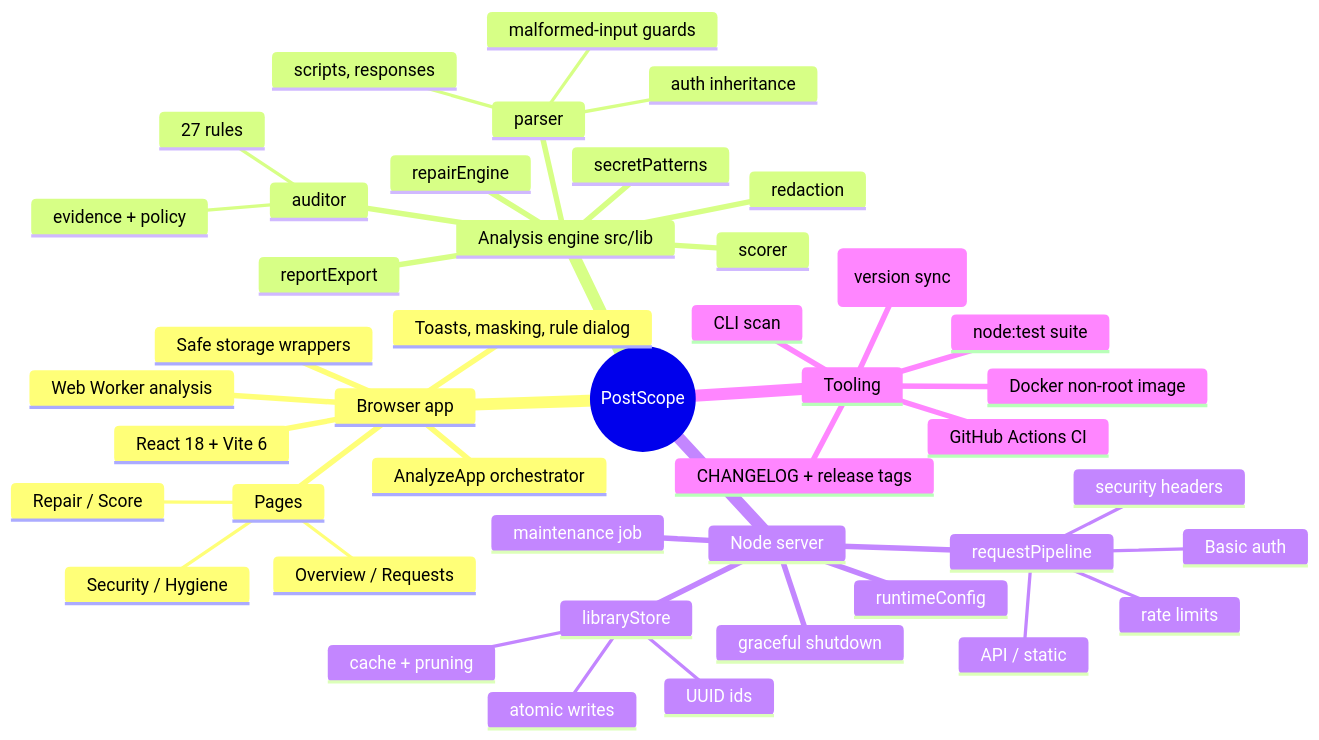
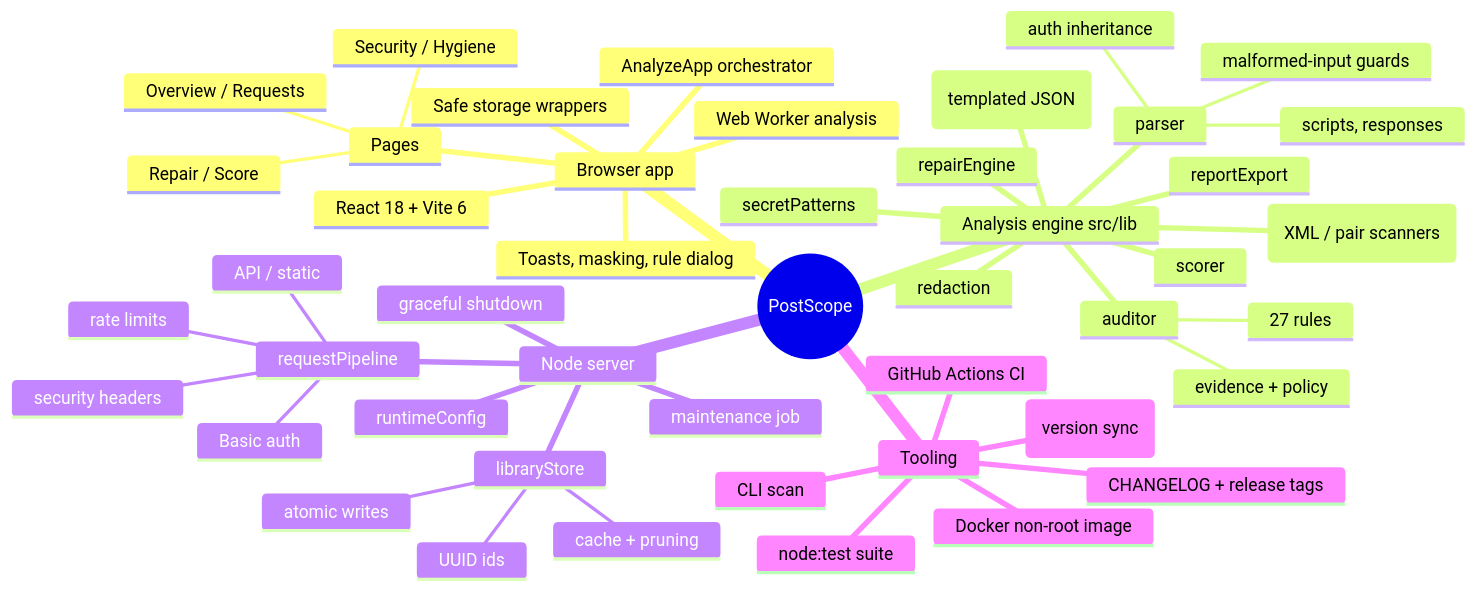
Before and after one commit to winksen/Postscope-App: the first of 2 diagrams in docs/mindmap/TECHNICAL_MINDMAP.md, drawn with Mermaid. The commit also changed other lines of this file and 17 other files, not shown here.

````diff
--- a/docs/mindmap/TECHNICAL_MINDMAP.md
+++ b/docs/mindmap/TECHNICAL_MINDMAP.md
@@ -11,47 +11,49 @@
 ```mermaid
 mindmap
   root((PostScope))
     Browser app
       React 18 + Vite 6
       AnalyzeApp orchestrator
       Pages
         Overview / Requests
         Security / Hygiene
         Repair / Score
       Web Worker analysis
       Toasts, masking, rule dialog
       Safe storage wrappers
     Analysis engine src/lib
       parser
         auth inheritance
         scripts, responses
         malformed-input guards
       auditor
         27 rules
         evidence + policy
+      jsonBody (templated JSON)
+      rawBody (XML / pair scanners)
       secretPatterns
       scorer
       repairEngine
       redaction
       reportExport
     Node server
       requestPipeline
         security headers
         Basic auth
         rate limits
         API / static
       libraryStore
         UUID ids
         atomic writes
         cache + pruning
       runtimeConfig
       maintenance job
       graceful shutdown
     Tooling
       CLI scan
       node:test suite
       GitHub Actions CI
       Docker non-root image
       release:check (version sync)
       CHANGELOG + release tags
 ```
````
